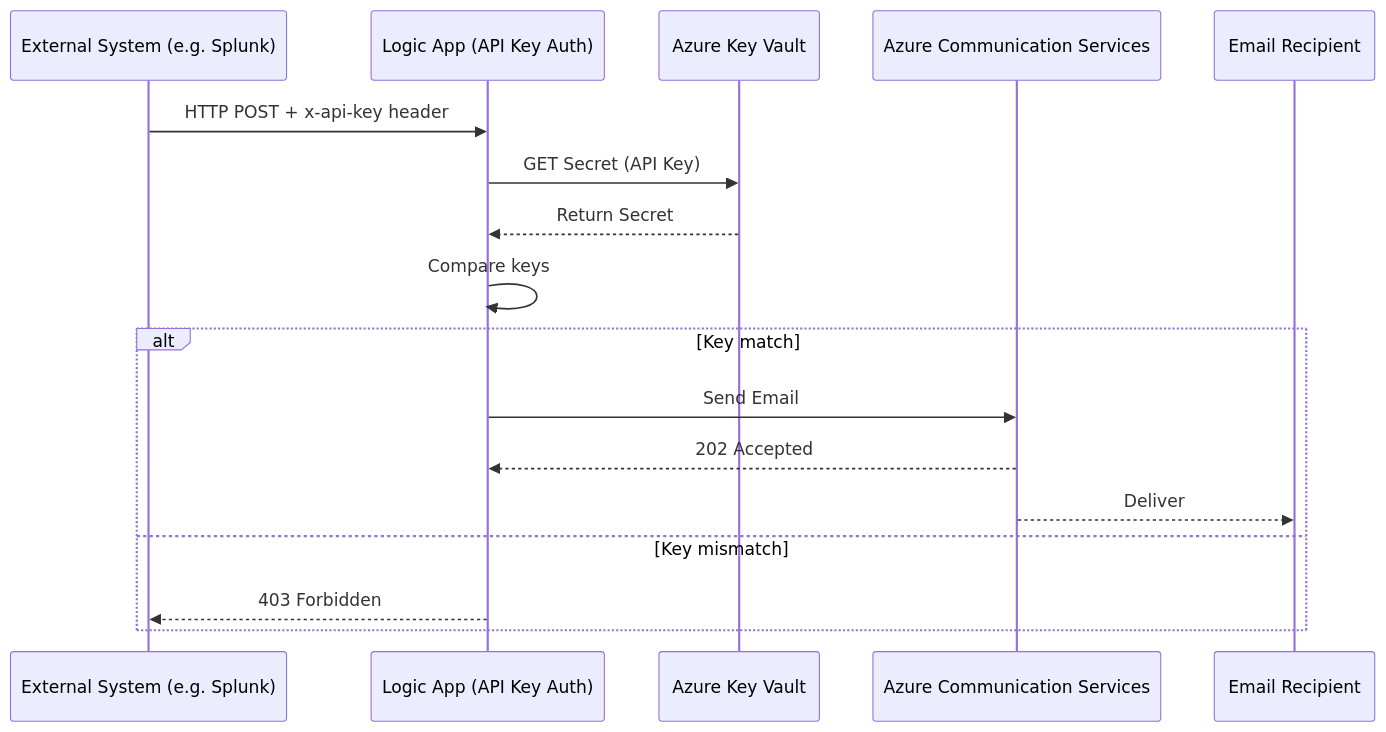
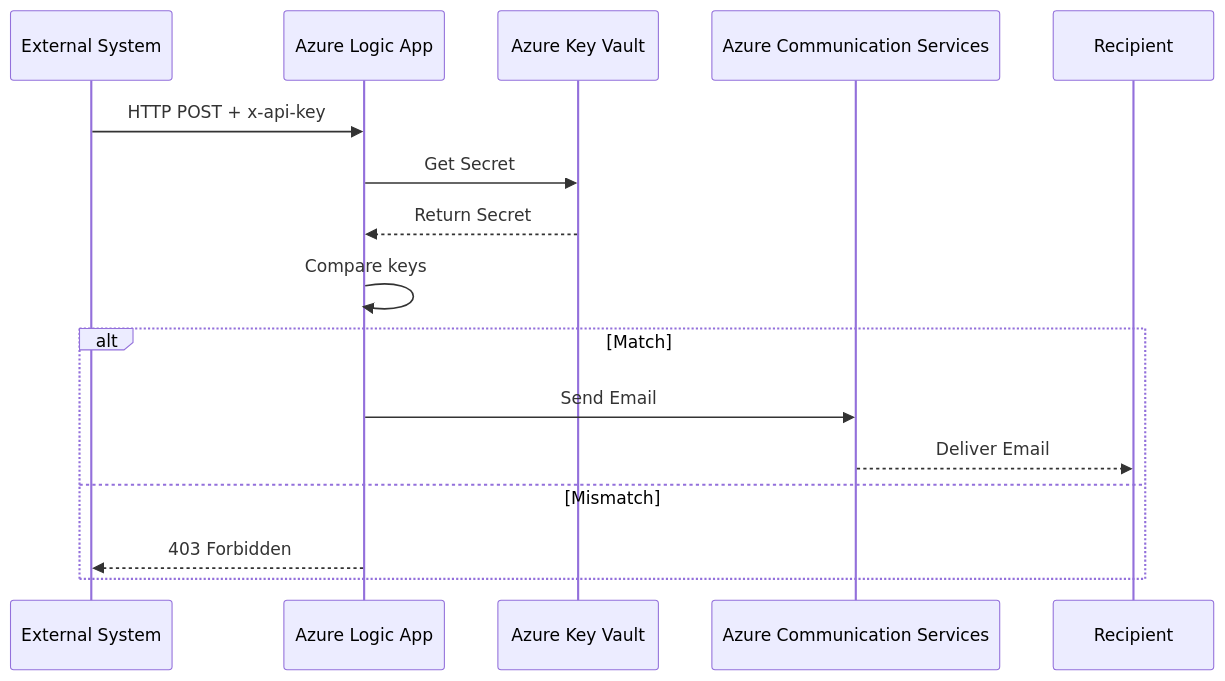
One commit to preedep/adf-notification-alert changed the third of 3 diagrams in README.md. Above: the diagram before and after it, drawn with Mermaid. The commit also changed other lines of this file, not shown here.

````diff
--- a/README.md
+++ b/README.md
@@ -59,20 +74,19 @@
 ```mermaid
 sequenceDiagram
-    participant System as External System (e.g. Splunk)
-    participant LogicApp as Logic App (API Key Auth)
+    participant Splunk as External System
+    participant LogicApp as Azure Logic App
     participant KeyVault as Azure Key Vault
     participant ACS as Azure Communication Services
-    participant Email as Email Recipient
+    participant Email as Recipient
 
-    System->>LogicApp: HTTP POST + x-api-key header
-    LogicApp->>KeyVault: GET Secret (API Key)
+    Splunk->>LogicApp: HTTP POST + x-api-key
+    LogicApp->>KeyVault: Get Secret
     KeyVault-->>LogicApp: Return Secret
     LogicApp->>LogicApp: Compare keys
-    alt Key match
+    alt Match
         LogicApp->>ACS: Send Email
-        ACS-->>LogicApp: 202 Accepted
-        ACS-->>Email: Deliver
-    else Key mismatch
-        LogicApp-->>System: 403 Forbidden
+        ACS-->>Email: Deliver Email
+    else Mismatch
+        LogicApp-->>Splunk: 403 Forbidden
     end
 ```
````
